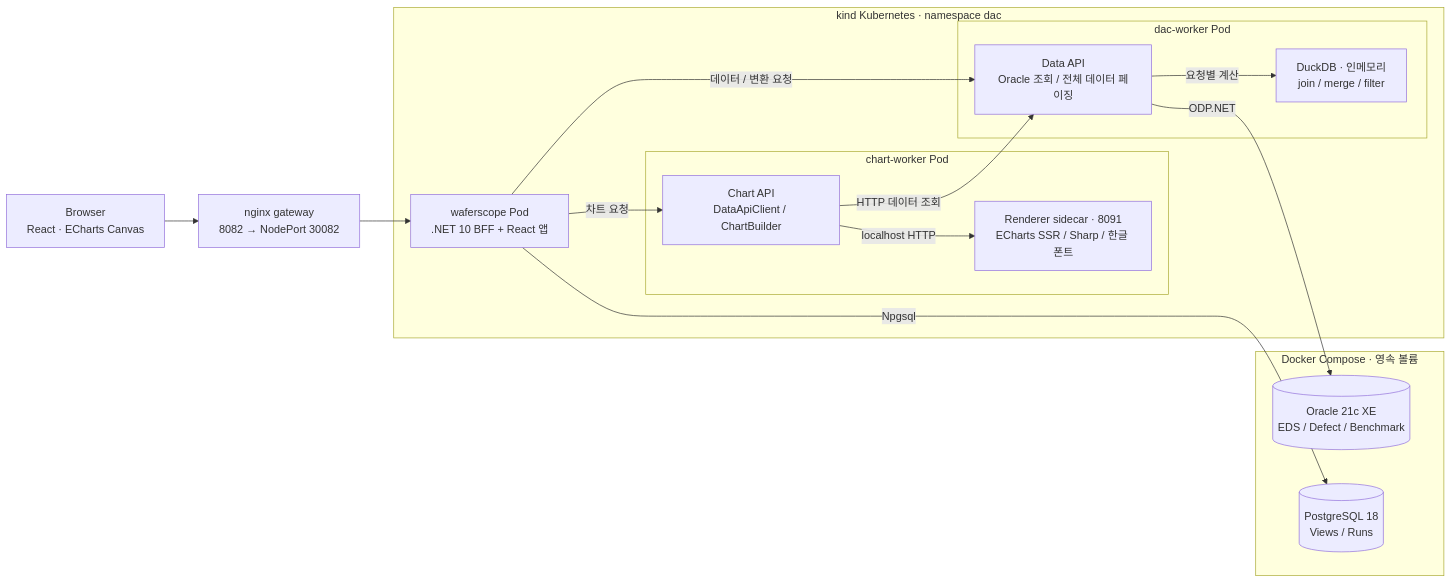
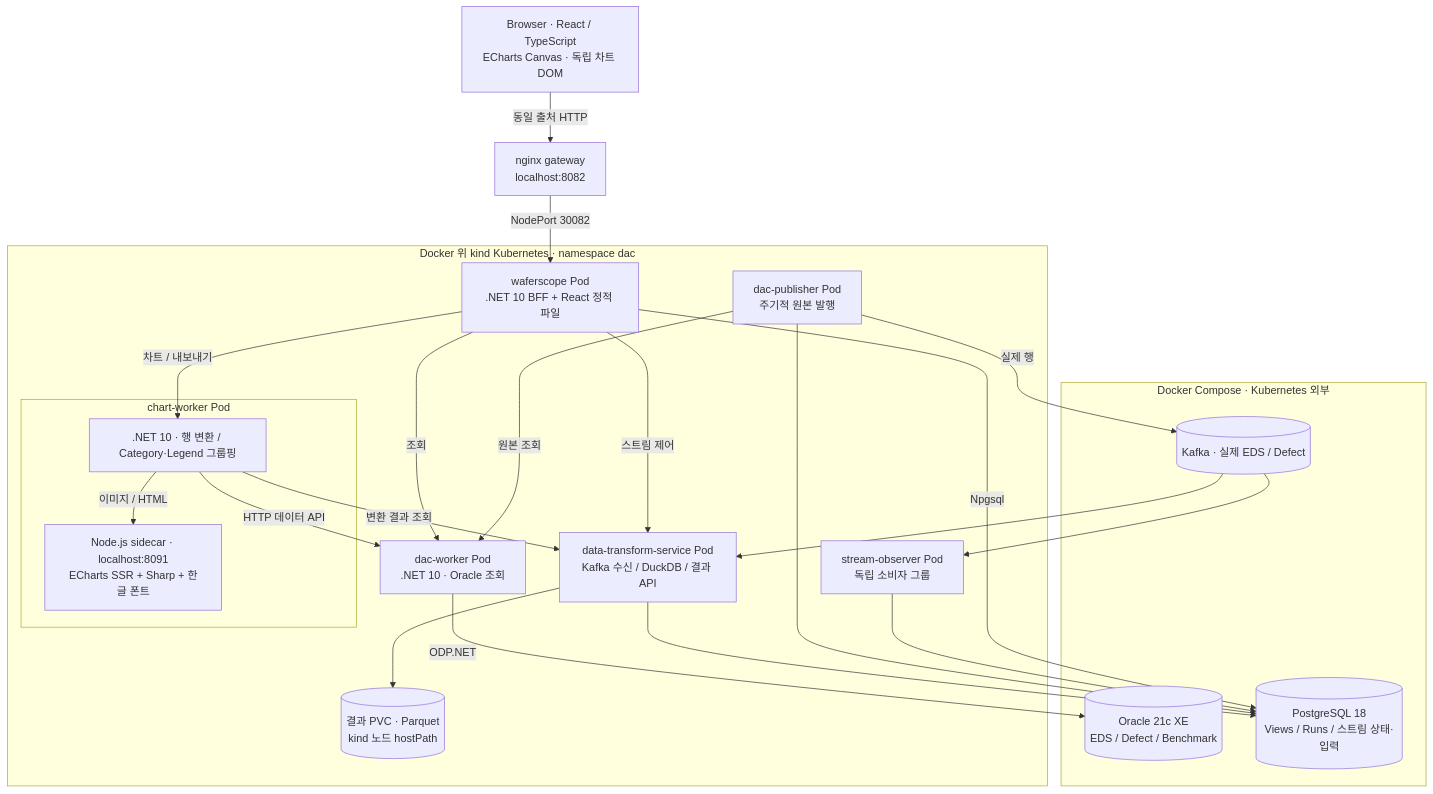
The diagram in docs/diagrams/deployment.mmd (amuro33/dac-duckdb), drawn with Mermaid before and after one commit. The commit also changed 63 other files, not shown here.

First line of the commit message:
Separate DuckDB transforms and deliver actual datasets through Kafka

```diff
--- a/docs/diagrams/deployment.mmd
+++ b/docs/diagrams/deployment.mmd
@@ -1,26 +1,38 @@
-flowchart LR
-  user["Browser<br/>React · ECharts Canvas"]
-  gateway["nginx gateway<br/>8082 → NodePort 30082"]
-  subgraph kind["kind Kubernetes · namespace dac"]
-    bff["waferscope Pod<br/>.NET 10 BFF + React 앱"]
-    subgraph cp["chart-worker Pod"]
-      chart["Chart API<br/>DataApiClient / ChartBuilder"]
-      render["Renderer sidecar · 8091<br/>ECharts SSR / Sharp / 한글 폰트"]
-    end
-    subgraph dp["dac-worker Pod"]
-      dac["Data API<br/>Oracle 조회 / 전체 데이터 페이징"]
-      duck["DuckDB · 인메모리<br/>join / merge / filter"]
+flowchart TB
+  browser["Browser · React / TypeScript<br/>ECharts Canvas · 독립 차트 DOM"]
+  gateway["nginx gateway<br/>localhost:8082"]
+  subgraph cluster["Docker 위 kind Kubernetes · namespace dac"]
+    portal["waferscope Pod<br/>.NET 10 BFF + React 정적 파일"]
+    dac["dac-worker Pod<br/>.NET 10 · Oracle 조회"]
+    transform["data-transform-service Pod<br/>Kafka 수신 / DuckDB / 결과 API"]
+    publisher["dac-publisher Pod<br/>주기적 원본 발행"]
+    result[("결과 PVC · Parquet<br/>kind 노드 hostPath")]
+    observer["stream-observer Pod<br/>독립 소비자 그룹"]
+    subgraph chartpod["chart-worker Pod"]
+      chart[".NET 10 · 행 변환 / Category·Legend 그룹핑"]
+      renderer["Node.js sidecar · localhost:8091<br/>ECharts SSR + Sharp + 한글 폰트"]
     end
   end
-  subgraph compose["Docker Compose · 영속 볼륨"]
+  subgraph databases["Docker Compose · Kubernetes 외부"]
     oracle[("Oracle 21c XE<br/>EDS / Defect / Benchmark")]
-    pg[("PostgreSQL 18<br/>Views / Runs")]
+    postgres[("PostgreSQL 18<br/>Views / Runs / 스트림 상태·입력")]
+    kafka[("Kafka · 실제 EDS / Defect")]
   end
-  user --> gateway --> bff
-  bff -->|"차트 요청"| chart
-  bff -->|"데이터 / 변환 요청"| dac
-  chart -->|"HTTP 데이터 조회"| dac
-  chart -->|"localhost HTTP"| render
-  dac -->|"요청별 계산"| duck
+  browser -->|"동일 출처 HTTP"| gateway
+  gateway -->|"NodePort 30082"| portal
+  portal -->|"조회"| dac
+  portal -->|"스트림 제어"| transform
+  publisher -->|"원본 조회"| dac
+  publisher -->|"실제 행"| kafka
+  kafka --> transform
+  kafka --> observer
+  transform --> postgres
+  transform --> result
+  publisher --> postgres
+  observer --> postgres
+  chart -->|"변환 결과 조회"| transform
+  portal -->|"차트 / 내보내기"| chart
+  chart -->|"HTTP 데이터 API"| dac
+  chart -->|"이미지 / HTML"| renderer
   dac -->|"ODP.NET"| oracle
-  bff -->|"Npgsql"| pg
+  portal -->|"Npgsql"| postgres
```
